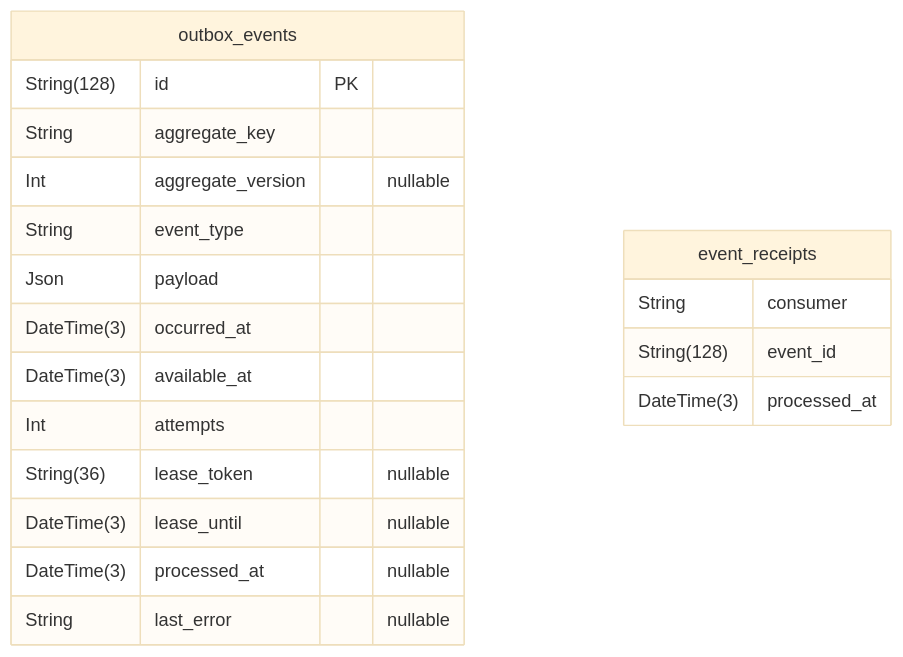
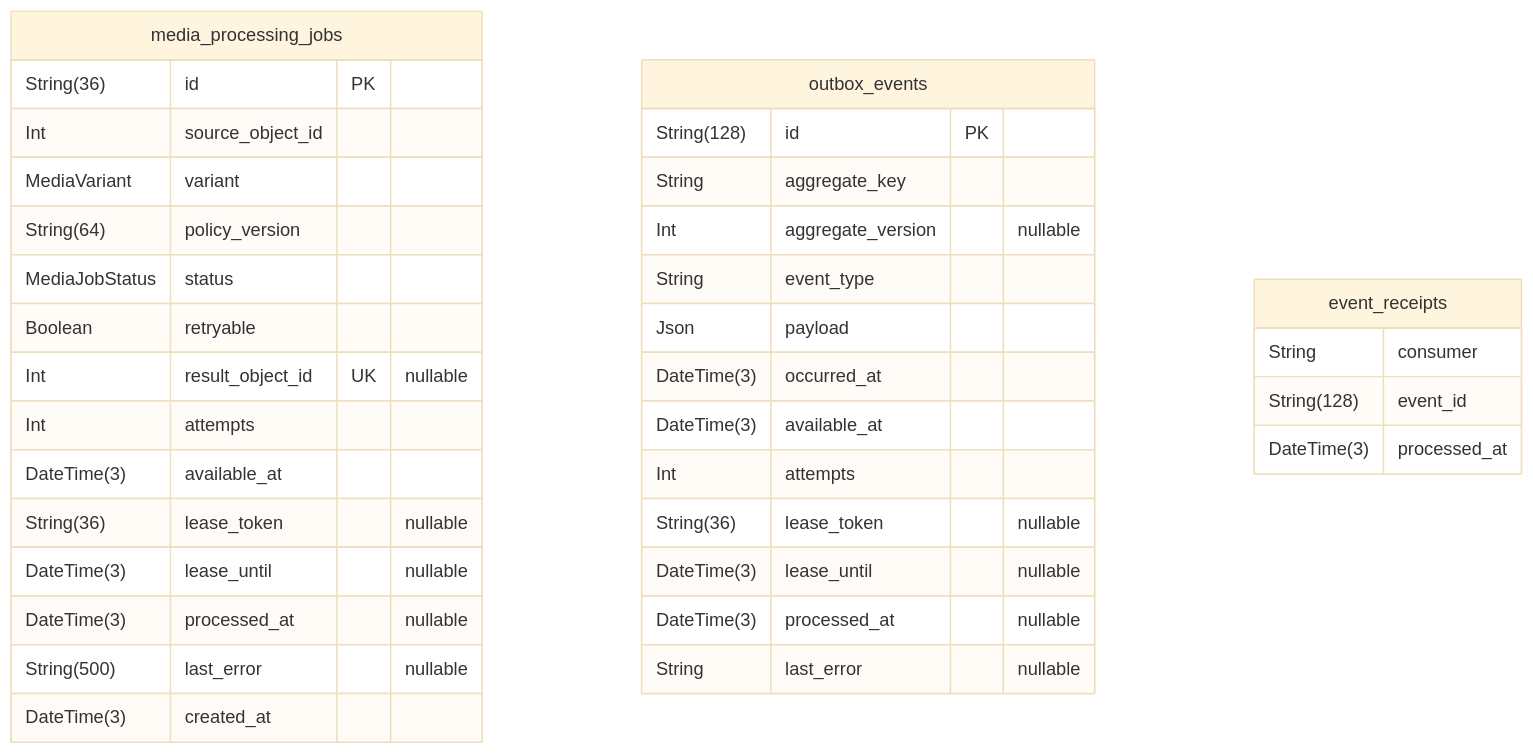
Before and after one commit to luke0408/blog-erd: the fourth of 6 diagrams in erd.md, drawn with Mermaid (base theme). The commit also changed other lines of this file and 8 other files, not shown here.

Commit message:
feat(erd): revise MySQL model and generated diagram

````diff
--- a/erd.md
+++ b/erd.md
@@ -461,22 +565,38 @@
 ```mermaid
 erDiagram
+"media_processing_jobs" {
+  String(36) id PK
+  Int source_object_id
+  MediaVariant variant
+  String(64) policy_version
+  MediaJobStatus status
+  Boolean retryable
+  Int result_object_id UK "nullable"
+  Int attempts
+  DateTime(3) available_at
+  String(36) lease_token "nullable"
+  DateTime(3) lease_until "nullable"
+  DateTime(3) processed_at "nullable"
+  String(500) last_error "nullable"
+  DateTime(3) created_at
+}
 "outbox_events" {
   String(128) id PK
   String aggregate_key
   Int aggregate_version "nullable"
   String event_type
   Json payload
   DateTime(3) occurred_at
   DateTime(3) available_at
   Int attempts
   String(36) lease_token "nullable"
   DateTime(3) lease_until "nullable"
   DateTime(3) processed_at "nullable"
   String last_error "nullable"
 }
 "event_receipts" {
   String consumer
   String(128) event_id
   DateTime(3) processed_at
 }
 ```
````
